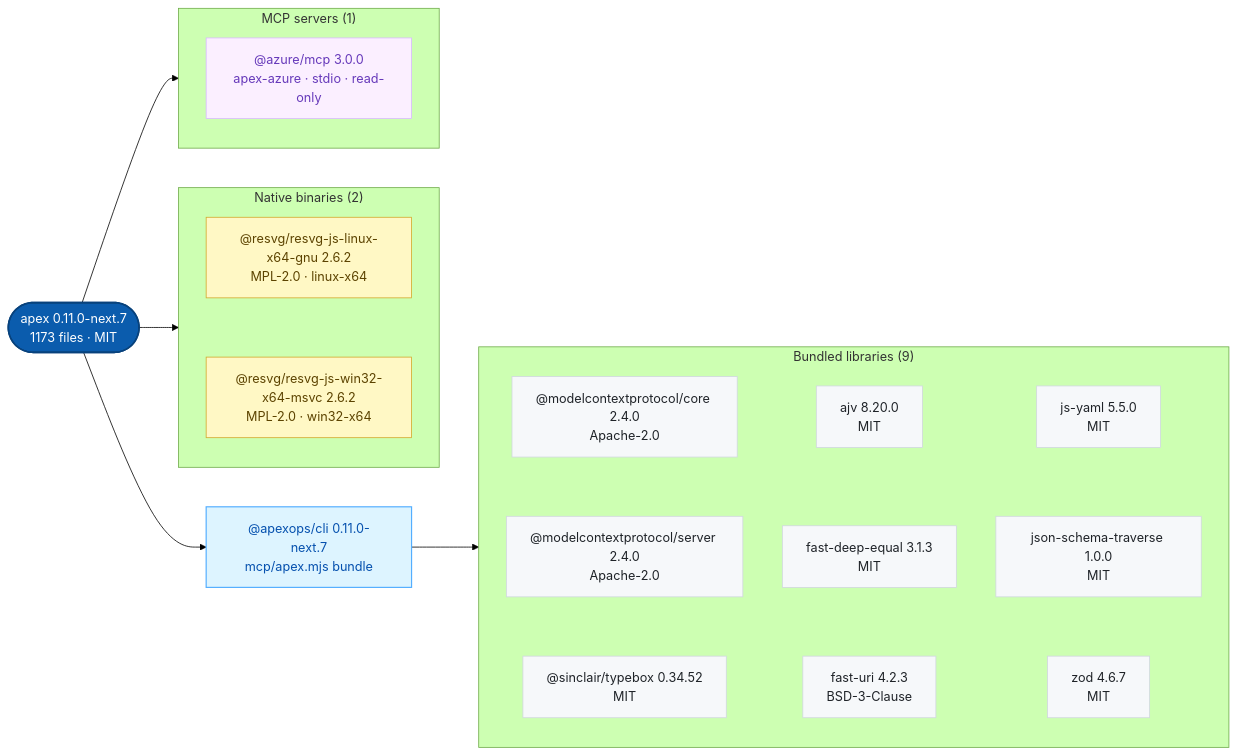
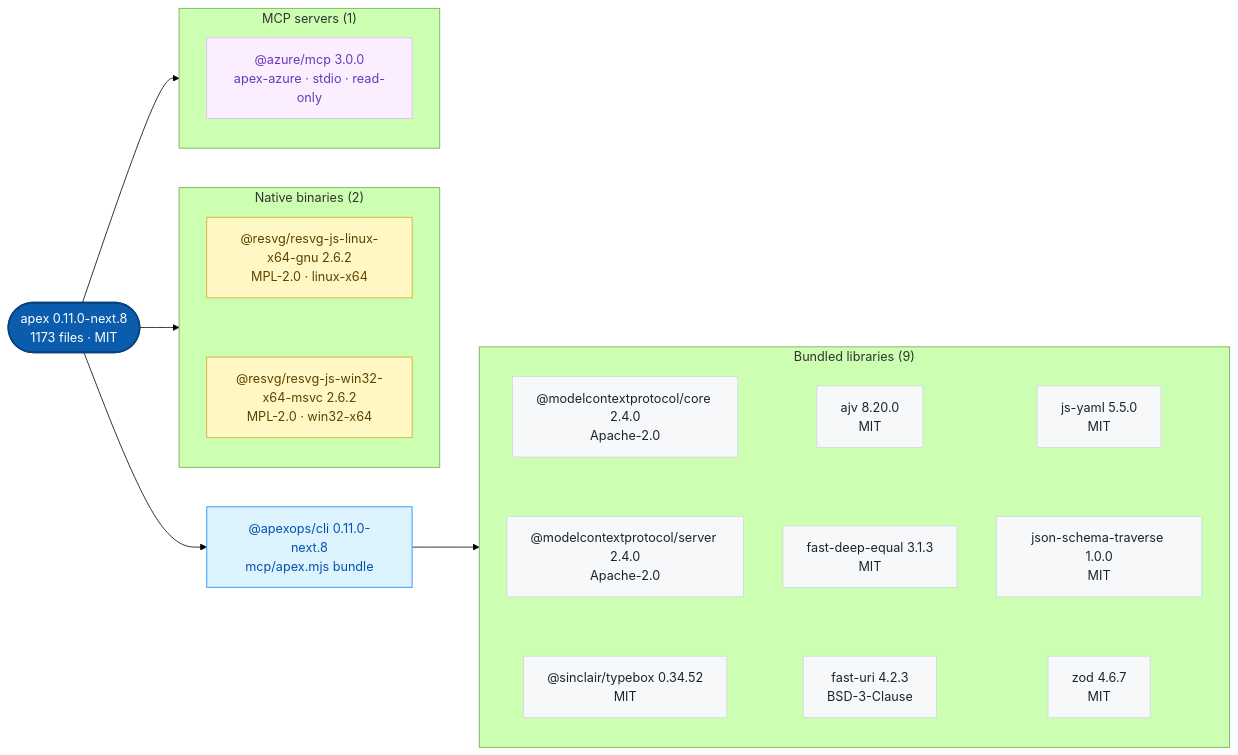
Before and after one commit to jonathan-vella/apex-plugins: the second of 2 diagrams in README.md, drawn with Mermaid (forest theme). The commit also changed other lines of this file and 13 other files, not shown here.

First line of the commit message:
chore(release): publish apex 0.11.0-next.8 (#12)

````diff
--- a/README.md
+++ b/README.md
@@ -43,41 +43,41 @@
 ```mermaid
 flowchart LR
-    n0(["apex 0.11.0-next.7<br/>1173 files · MIT"])
-    n1["@apexops/cli 0.11.0-next.7<br/>mcp/apex.mjs bundle"]
+    n0(["apex 0.11.0-next.8<br/>1173 files · MIT"])
+    n1["@apexops/cli 0.11.0-next.8<br/>mcp/apex.mjs bundle"]
     subgraph g0["Bundled libraries (9)"]
       n2["@modelcontextprotocol/core 2.4.0<br/>Apache-2.0"]
       n3["@modelcontextprotocol/server 2.4.0<br/>Apache-2.0"]
       n4["@sinclair/typebox 0.34.52<br/>MIT"]
       n5["ajv 8.20.0<br/>MIT"]
       n6["fast-deep-equal 3.1.3<br/>MIT"]
       n7["fast-uri 4.2.3<br/>BSD-3-Clause"]
       n8["js-yaml 5.5.0<br/>MIT"]
       n9["json-schema-traverse 1.0.0<br/>MIT"]
       n10["zod 4.6.7<br/>MIT"]
       n2 ~~~ n3 ~~~ n4
       n5 ~~~ n6 ~~~ n7
       n8 ~~~ n9 ~~~ n10
     end
     subgraph g1["Native binaries (2)"]
       n11["@resvg/resvg-js-linux-x64-gnu 2.6.2<br/>MPL-2.0 · linux-x64"]
       n12["@resvg/resvg-js-win32-x64-msvc 2.6.2<br/>MPL-2.0 · win32-x64"]
       n11 ~~~ n12
     end
     subgraph g2["MCP servers (1)"]
       n13["@azure/mcp 3.0.0<br/>apex-azure · stdio · read-only"]
     end
     n0 --> n1
     n1 --> g0
     n0 --> g1
     n0 --> g2
     classDef plugin fill:#0b5cad,color:#ffffff,stroke:#08427c,stroke-width:2px
     classDef cli fill:#ddf4ff,color:#0550ae,stroke:#54aeff,stroke-width:1.5px
     classDef lib fill:#f6f8fa,color:#1f2328,stroke:#d0d7de
     classDef native fill:#fff8c5,color:#5c4300,stroke:#d4a72c
     classDef service fill:#fbefff,color:#6639ba,stroke:#d8b9ff
     class n0 plugin
     class n1 cli
     class n2,n3,n4,n5,n6,n7,n8,n9,n10 lib
     class n11,n12 native
     class n13 service
 ```
````
